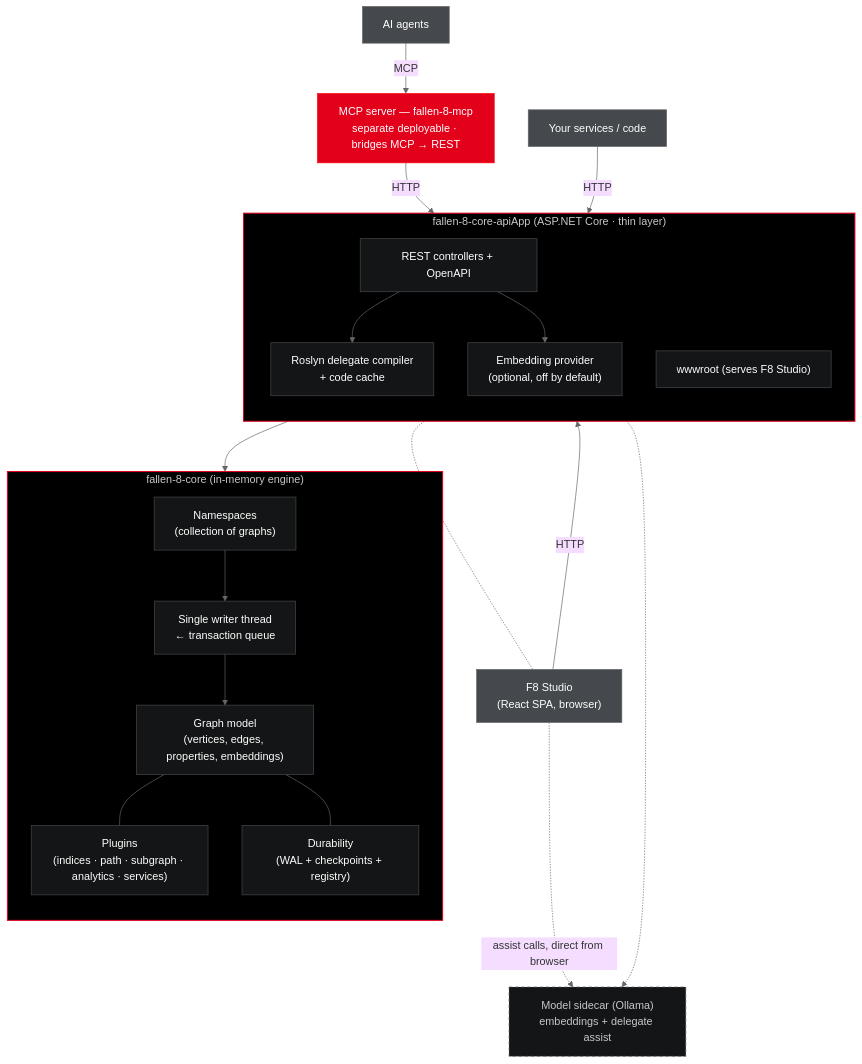
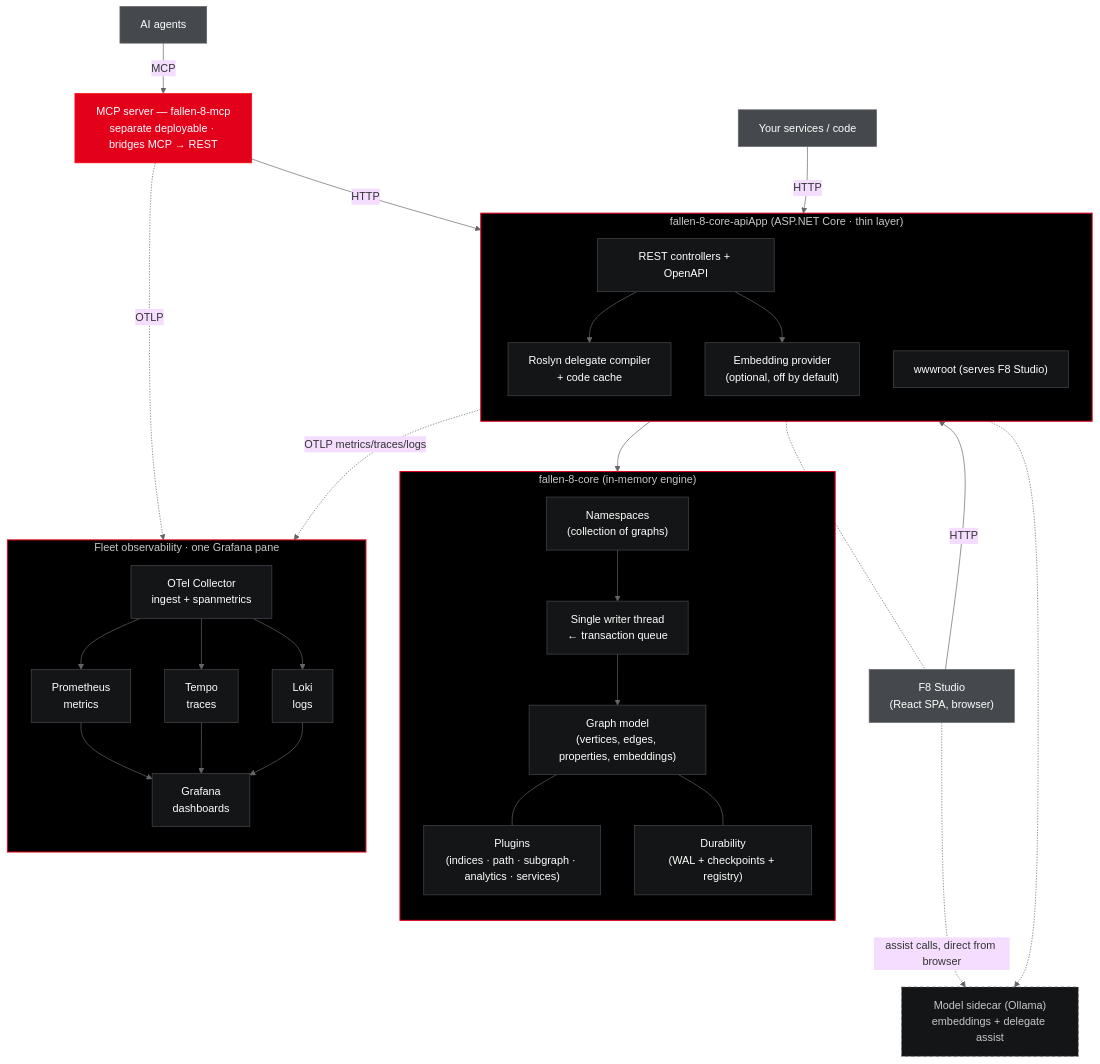
The diagram in docs/architecture.md (cosh/fallen-8-core), drawn with Mermaid before and after one commit. The commit also changed other lines of this file and 37 other files, not shown here.

````diff
--- a/docs/architecture.md
+++ b/docs/architecture.md
@@ -9,47 +9,65 @@
 ```mermaid
 %%{init: {'theme':'base','themeVariables':{'fontFamily':'ui-monospace, SFMono-Regular, Menlo, Consolas, monospace','lineColor':'#666666'}}}%%
 flowchart TB
     agents["AI agents"]:::client
     studio["F8 Studio<br/>(React SPA, browser)"]:::client
     svc["Your services / code"]:::client
 
     mcp["MCP server — fallen-8-mcp<br/>separate deployable · bridges MCP → REST"]:::mcp
 
     subgraph app["fallen-8-core-apiApp (ASP.NET Core · thin layer)"]
         direction TB
         rest["REST controllers + OpenAPI"]:::sys
         roslyn["Roslyn delegate compiler<br/>+ code cache"]:::sys
         embed["Embedding provider<br/>(optional, off by default)"]:::sys
         wwwroot["wwwroot (serves F8 Studio)"]:::sys
     end
     subgraph engine["fallen-8-core (in-memory engine)"]
         direction TB
         ns["Namespaces<br/>(collection of graphs)"]:::sys
         writer["Single writer thread<br/>← transaction queue"]:::sys
         model["Graph model<br/>(vertices, edges, properties, embeddings)"]:::sys
         plugins["Plugins<br/>(indices · path · subgraph · analytics · services)"]:::sys
         durab["Durability<br/>(WAL + checkpoints + registry)"]:::sys
     end
     sidecar["Model sidecar (Ollama)<br/>embeddings + delegate assist"]:::ext
 
+    subgraph obs["Fleet observability · one Grafana pane"]
+        direction TB
+        collector["OTel Collector<br/>ingest + spanmetrics"]:::sys
+        promstore["Prometheus<br/>metrics"]:::sys
+        tempo["Tempo<br/>traces"]:::sys
+        loki["Loki<br/>logs"]:::sys
+        grafana["Grafana<br/>dashboards"]:::sys
+        collector --> promstore
+        collector --> tempo
+        collector --> loki
+        promstore --> grafana
+        tempo --> grafana
+        loki --> grafana
+    end
+
     agents -->|MCP| mcp
     mcp -->|HTTP| rest
     studio -->|HTTP| rest
     svc -->|HTTP| rest
     studio -.->|assist calls, direct from browser| sidecar
     wwwroot -.- studio
     rest --> ns
     rest --> roslyn
     rest --> embed
     embed -.-> sidecar
+    rest -.->|OTLP metrics/traces/logs| collector
+    mcp -.->|OTLP| collector
     ns --> writer --> model
     model --- plugins
     model --- durab
 
     classDef client fill:#45494D,stroke:#666666,color:#FEFEFE
     classDef mcp fill:#E2001A,stroke:#FC0606,color:#FEFEFE
     classDef sys fill:#141516,stroke:#45494D,color:#FEFEFE
     classDef ext fill:#141516,stroke:#666666,color:#C6C7C8,stroke-dasharray:5 4
     style app fill:#000000,stroke:#E2001A,stroke-width:1.5px,color:#C6C7C8
     style engine fill:#000000,stroke:#E2001A,stroke-width:1.5px,color:#C6C7C8
+    style obs fill:#000000,stroke:#E2001A,stroke-width:1.5px,color:#C6C7C8
 ```
````
